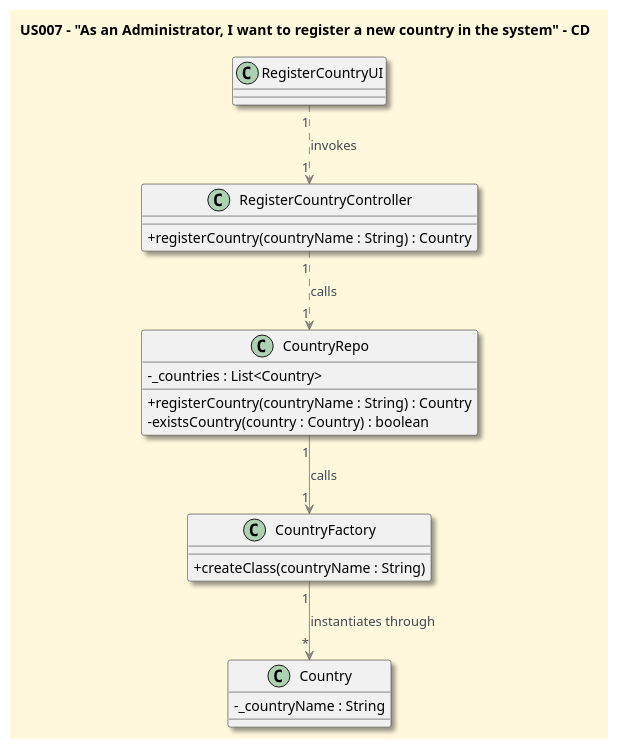
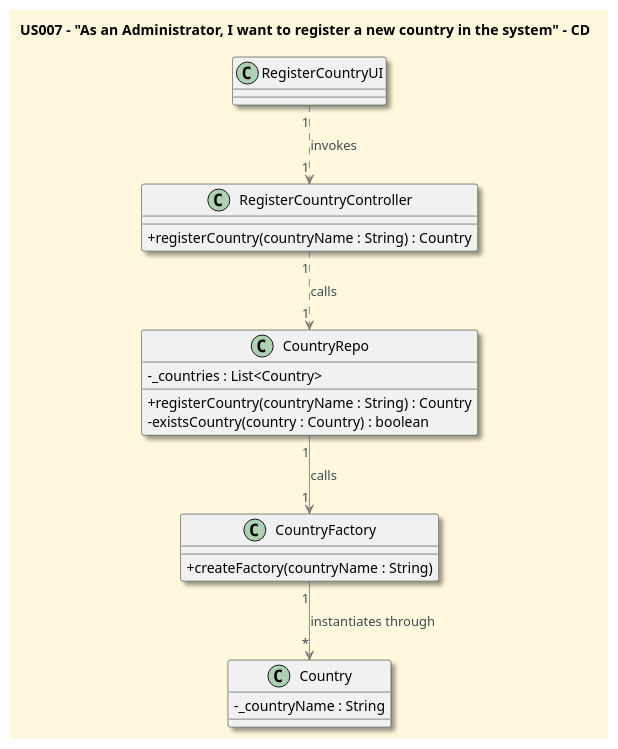
One commit to CarolinaLeite-collab/JavaMarketplacePlatform changed the diagram in docs/userStories/US007/US007_register_a_country_CD.puml. Above: the diagram before and after it, drawn with PlantUML. The commit also changed 7 other files, not shown here.

Commit message:
Propagate CountryFactory create method rename across domain, tests, and US007 diagrams. Refs #288

```diff
--- a/docs/userStories/US007/US007_register_a_country_CD.puml
+++ b/docs/userStories/US007/US007_register_a_country_CD.puml
@@ -1,41 +1,41 @@
 @startuml
 '==== Title ====
 title US007 - "As an Administrator, I want to register a new country in the system" - CD
 top to bottom direction
 
 '==== basic style ====
 skinparam monochrome false
 skinparam shadowing true
 skinparam defaultFontName Futura
 skinparam objectFontSize 20
 skinparam backgroundColor CornSilk
 skinparam objectBackgroundColor WhiteSmoke
 skinparam noteBackgroundColor #FFFFE0
 skinparam ArrowFontColor #3B4953
 skinparam ArrowColor #57595BAA
 skinparam classAttributeIconSize 0
 
 '==== entities ====
 Class Country {
 - _countryName : String
 }
 Class CountryFactory {
-+ createClass(countryName : String)
++ createFactory(countryName : String)
 }
 Class CountryRepo {
 - _countries : List<Country>
 + registerCountry(countryName : String) : Country
 - existsCountry(country : Country) : boolean
 }
 Class RegisterCountryController {
 + registerCountry(countryName : String) : Country
 }
 Class RegisterCountryUI {}
 
 '==== connections ====
 CountryFactory "1" --> "*" Country: instantiates through
 CountryRepo "1" --> "1" CountryFactory: calls
 RegisterCountryController  "1" ..> "1" CountryRepo: calls
 RegisterCountryUI "1" ..> "1" RegisterCountryController: invokes
 
 @enduml
```
